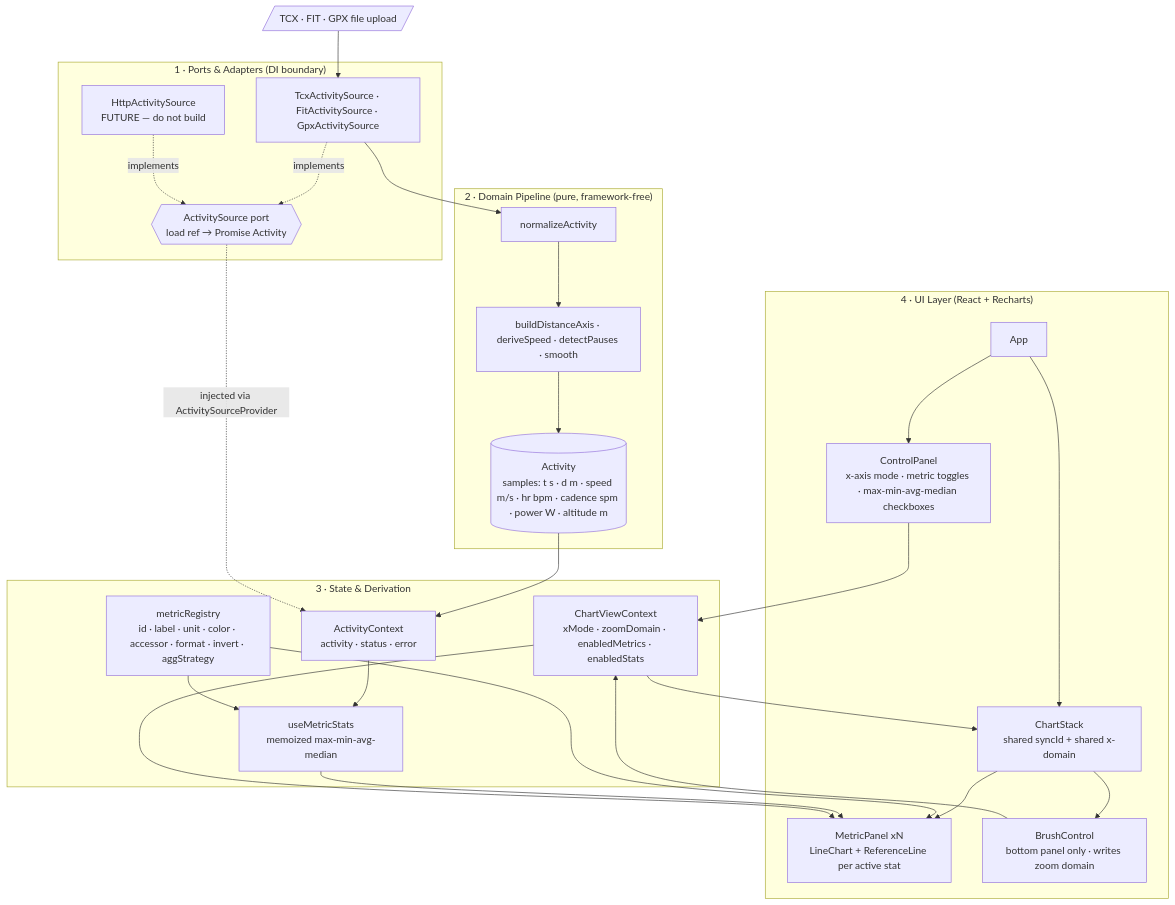
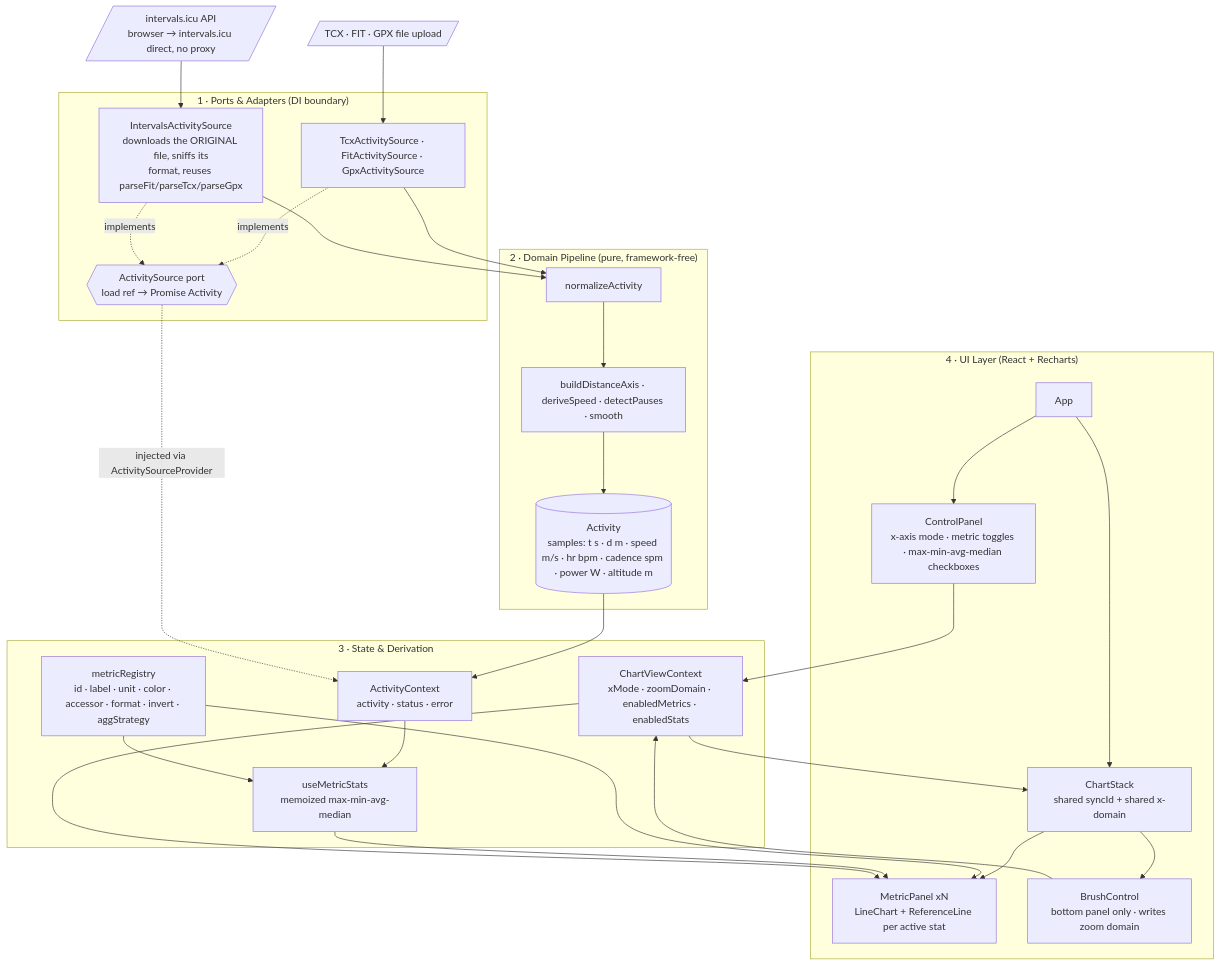
Before and after one commit to Mcklmo/timeseries-visualizer: the diagram in doc/ARCHITECTURE.md, drawn with Mermaid. The commit also changed other lines of this file and 28 other files, not shown here.

Commit message:
intervals.icu

````diff
--- a/doc/ARCHITECTURE.md
+++ b/doc/ARCHITECTURE.md
@@ -73,49 +77,51 @@
 ```mermaid
 flowchart TB
   subgraph UI["4 · UI Layer (React + Recharts)"]
     App[App]
     Ctl[ControlPanel<br/>x-axis mode · metric toggles · max-min-avg-median checkboxes]
     Stack[ChartStack<br/>shared syncId + shared x-domain]
     Panel["MetricPanel xN<br/>LineChart + ReferenceLine per active stat"]
     Brush[BrushControl<br/>bottom panel only · writes zoom domain]
     App --> Ctl
     App --> Stack
     Stack --> Panel
     Stack --> Brush
   end
 
   subgraph STATE["3 · State & Derivation"]
     AC[ActivityContext<br/>activity · status · error]
     VC[ChartViewContext<br/>xMode · zoomDomain · enabledMetrics · enabledStats]
     REG[metricRegistry<br/>id · label · unit · color · accessor · format · invert · aggStrategy]
     STATS[useMetricStats<br/>memoized max-min-avg-median]
   end
 
   subgraph DOMAIN["2 · Domain Pipeline (pure, framework-free)"]
     NORM[normalizeActivity]
     DERIVE[buildDistanceAxis · deriveSpeed · detectPauses · smooth]
     MODEL[(Activity<br/>samples: t s · d m · speed m/s · hr bpm · cadence spm · power W · altitude m)]
     NORM --> DERIVE --> MODEL
   end
 
   subgraph DATA["1 · Ports & Adapters (DI boundary)"]
     PORT{{"ActivitySource port<br/>load ref → Promise Activity"}}
     TCX[TcxActivitySource · FitActivitySource · GpxActivitySource]
-    API[HttpActivitySource<br/>FUTURE — do not build]
+    API[IntervalsActivitySource<br/>downloads the ORIGINAL file, sniffs its<br/>format, reuses parseFit/parseTcx/parseGpx]
     TCX -.implements.-> PORT
     API -.implements.-> PORT
   end
 
   FILE[/TCX · FIT · GPX file upload/] --> TCX
+  ICU[/intervals.icu API<br/>browser → intervals.icu direct, no proxy/] --> API
   TCX --> NORM
+  API --> NORM
   MODEL --> AC
   AC --> STATS
   REG --> STATS
   REG --> Panel
   STATS --> Panel
   VC --> Panel
   VC --> Stack
   Ctl --> VC
   Brush --> VC
   PORT -.injected via ActivitySourceProvider.-> AC
 ```
````
